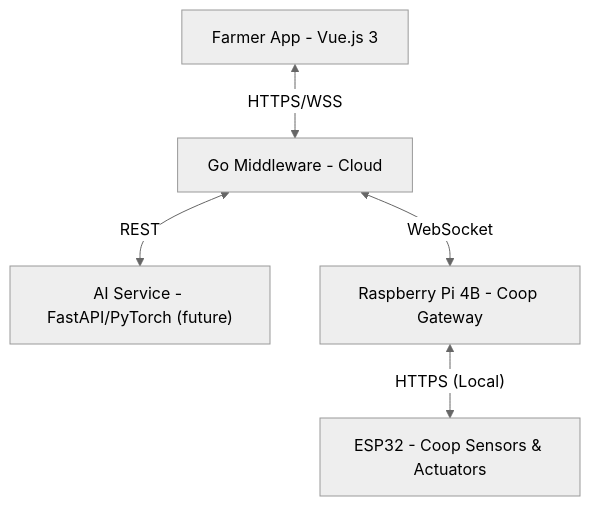
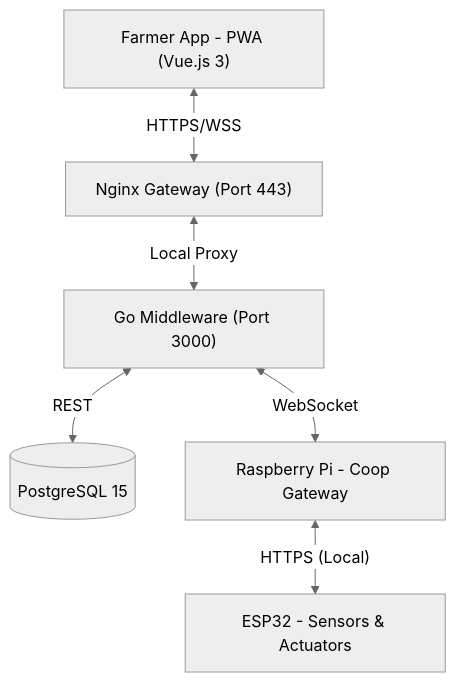
One commit to SirOsborn/Tokkatot changed the diagram in docs/ARCHITECTURE.md. Above: the diagram before and after it, drawn with Mermaid (neutral theme). The commit also changed other lines of this file and 6 other files, not shown here.

Commit message:
docs: update architecture, deployment guide, and AI instructions for production

````diff
--- a/docs/ARCHITECTURE.md
+++ b/docs/ARCHITECTURE.md
@@ -12,7 +11,8 @@
 ```mermaid
 graph TD
-    A["Farmer App - Vue.js 3"] <-->|"HTTPS/WSS"| B["Go Middleware - Cloud"]
-    B <-->|"REST"| C["AI Service - FastAPI/PyTorch (future)"]
-    B <-->|"WebSocket"| D["Raspberry Pi 4B - Coop Gateway"]
-    D <-->|"HTTPS (Local)"| E["ESP32 - Coop Sensors & Actuators"]
+    User["Farmer App - PWA (Vue.js 3)"] <-->|"HTTPS/WSS"| Nginx["Nginx Gateway (Port 443)"]
+    Nginx <-->|"Local Proxy"| Middleware["Go Middleware (Port 3000)"]
+    Middleware <-->|"REST"| DB[("PostgreSQL 15")]
+    Middleware <-->|"WebSocket"| Gateway["Raspberry Pi - Coop Gateway"]
+    Gateway <-->|"HTTPS (Local)"| ESP32["ESP32 - Sensors & Actuators"]
 ```
````
